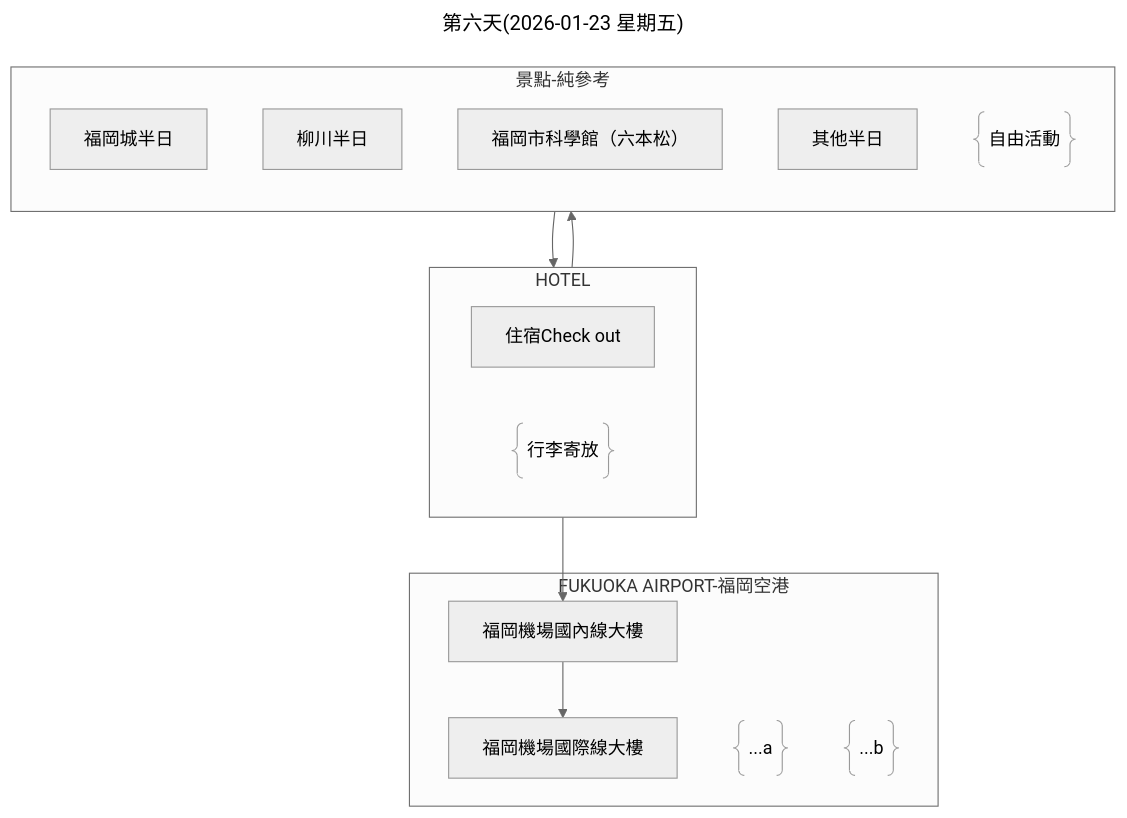
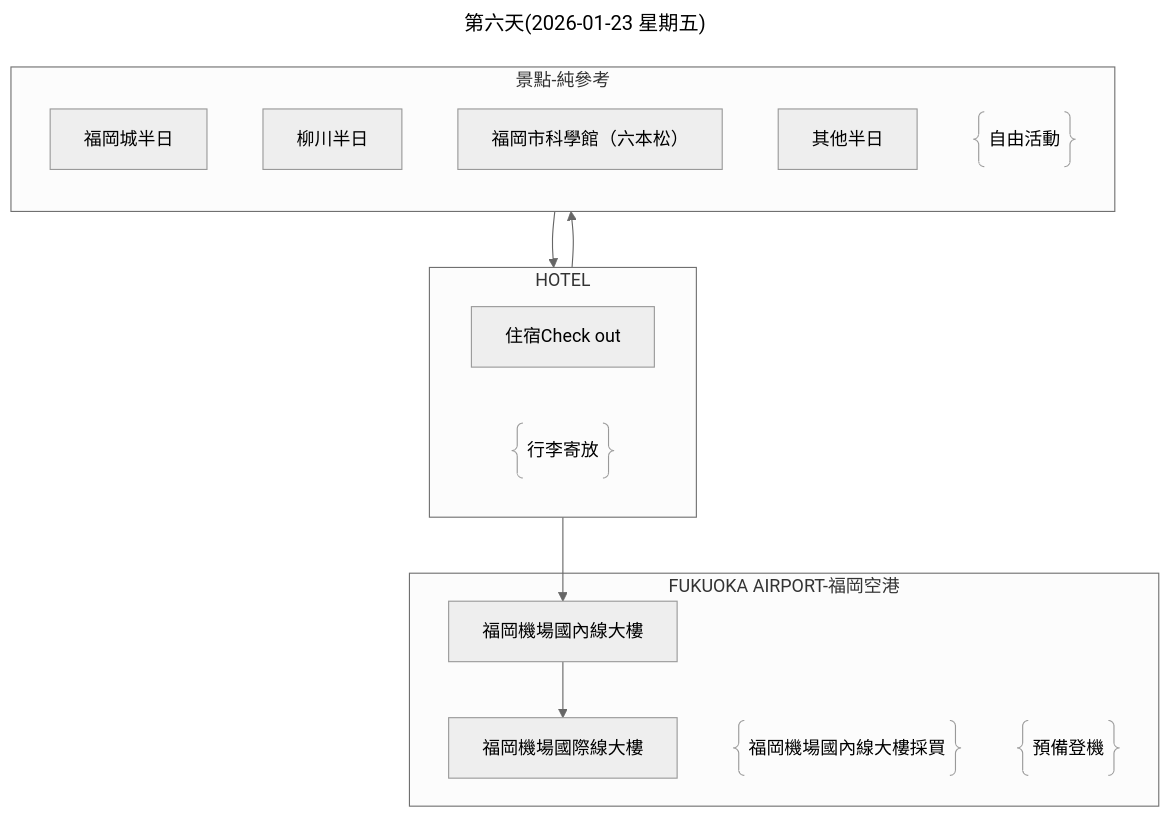
Before and after one commit to Shuming-Yang/2026-January-Trip: the sixth of 6 diagrams in 行程規劃A.md, drawn with Mermaid (neutral theme).

````diff
--- a/行程規劃A.md
+++ b/行程規劃A.md
@@ -272,28 +272,28 @@
 ```mermaid
 ---
 title: 第六天(2026-01-23 星期五)
 ---
 flowchart
     subgraph HOTEL
         A[住宿Check out]
         A1@{ shape: braces, label: "行李寄放"}
     end
     subgraph 景點-純參考
         direction TB
         B1[福岡城半日]
         B2[柳川半日]
         B3[福岡市科學館（六本松）]
         B4[其他半日]
         BB@{ shape: braces, label: "自由活動"}
     end
     subgraph FUKUOKA AIRPORT-福岡空港
         X[福岡機場國內線大樓]
         Y[福岡機場國際線大樓]
-        XX@{ shape: braces, label: "...a" }
-        YY@{ shape: braces, label: "...b" }
+        XX@{ shape: braces, label: "福岡機場國內線大樓採買" }
+        YY@{ shape: braces, label: "預備登機" }
     end
     HOTEL --> 景點-純參考
     景點-純參考 -->  HOTEL
     HOTEL --> X
     X --> Y
 ```
````
